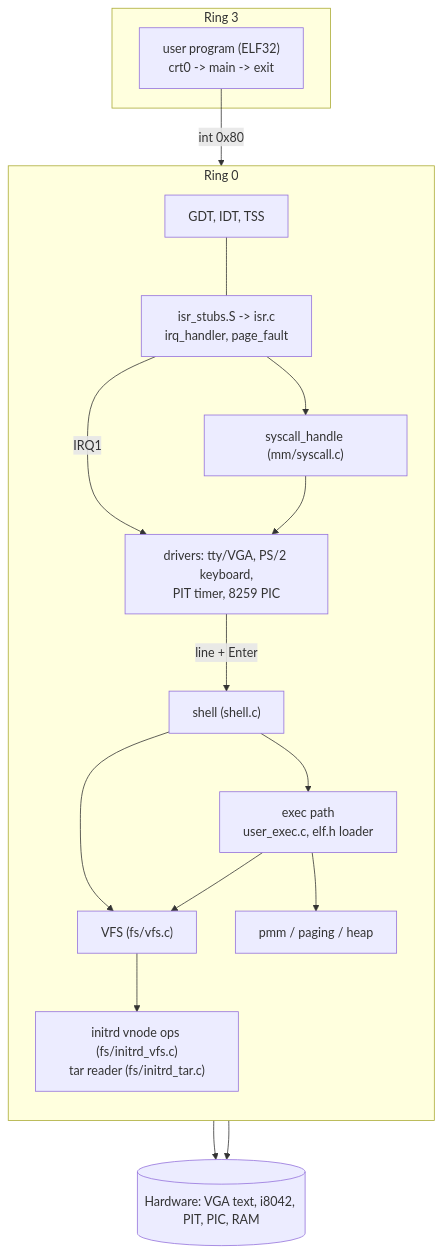
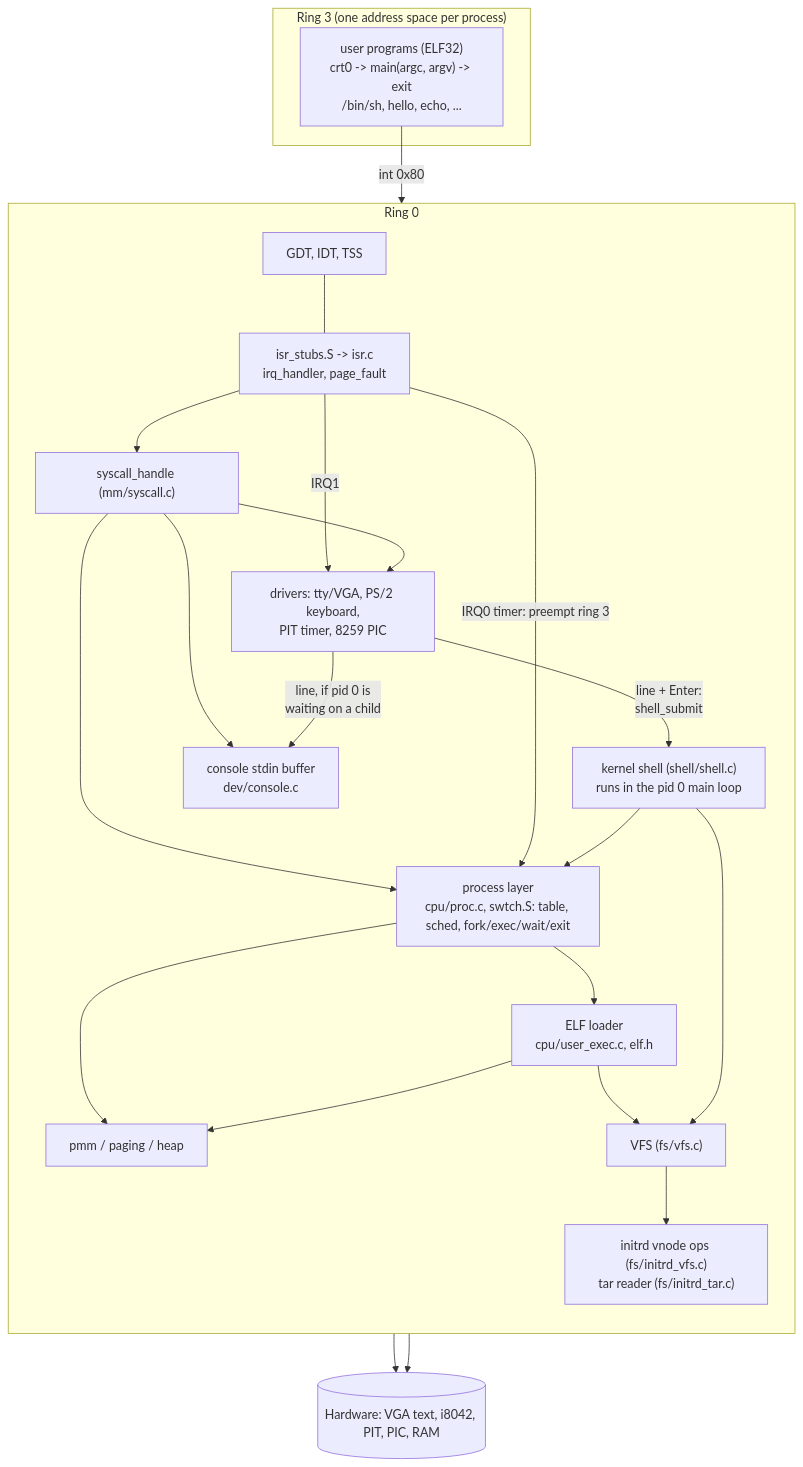
One commit to Bobliuuu/bobliu-os changed the second of 8 diagrams in docs/architecture.md. Above: the diagram before and after it, drawn with Mermaid. The commit also changed other lines of this file and 1 other file, not shown here.

Commit message:
update docs for the process model and user shell

````diff
--- a/docs/architecture.md
+++ b/docs/architecture.md
@@ -58,32 +63,40 @@
 ```mermaid
 flowchart TB
-    subgraph U["Ring 3"]
-        UP["user program (ELF32)<br/>crt0 -> main -> exit"]
+    subgraph U["Ring 3 (one address space per process)"]
+        UP["user programs (ELF32)<br/>crt0 -> main(argc, argv) -> exit<br/>/bin/sh, hello, echo, ..."]
     end
     subgraph K["Ring 0"]
         direction TB
-        SH["shell (shell.c)"]
-        EX["exec path<br/>user_exec.c, elf.h loader"]
+        SH["kernel shell (shell/shell.c)<br/>runs in the pid 0 main loop"]
+        PR["process layer<br/>cpu/proc.c, swtch.S: table, sched, fork/exec/wait/exit"]
+        EX["ELF loader<br/>cpu/user_exec.c, elf.h"]
         SC["syscall_handle (mm/syscall.c)"]
         VFS["VFS (fs/vfs.c)"]
         IRD["initrd vnode ops (fs/initrd_vfs.c)<br/>tar reader (fs/initrd_tar.c)"]
         MM["pmm / paging / heap"]
         INT["isr_stubs.S -> isr.c<br/>irq_handler, page_fault"]
+        CON["console stdin buffer<br/>dev/console.c"]
         DEV["drivers: tty/VGA, PS/2 keyboard,<br/>PIT timer, 8259 PIC"]
         CPU["GDT, IDT, TSS"]
     end
     HW[("Hardware: VGA text, i8042, PIT, PIC, RAM")]
     UP -- "int 0x80" --> INT
     INT --> SC
-    INT -- IRQ1 --> DEV
-    DEV -- "line + Enter" --> SH
-    SH --> EX
-    SH --> VFS
+    SC --> PR
+    SC --> CON
+    PR --> EX
+    PR --> MM
     EX --> VFS
     EX --> MM
     VFS --> IRD
+    INT -- "IRQ0 timer: preempt ring 3" --> PR
+    INT -- IRQ1 --> DEV
+    DEV -- "line + Enter:<br/>shell_submit" --> SH
+    DEV -- "line, if pid 0 is<br/>waiting on a child" --> CON
+    SH --> PR
+    SH --> VFS
     SC --> DEV
     MM --> HW
     DEV --> HW
     CPU --- INT
 ```
````
